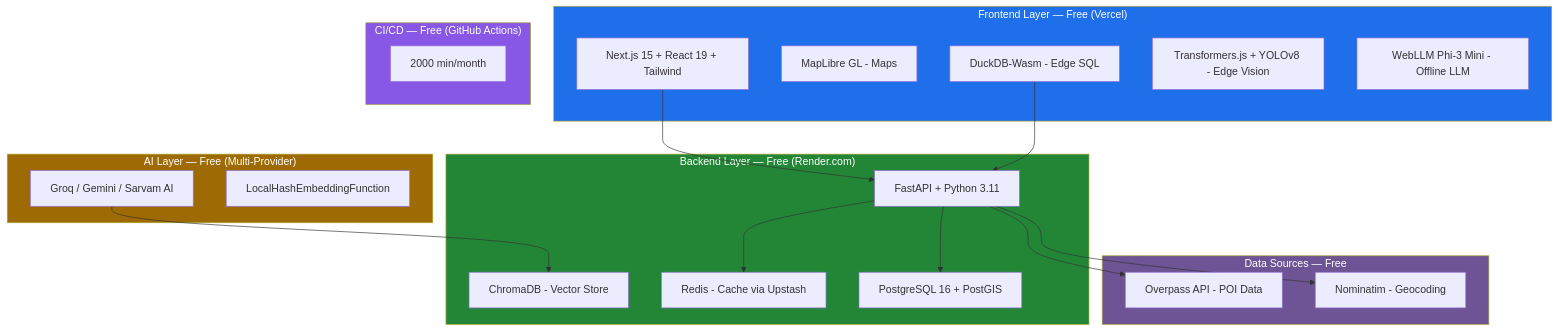
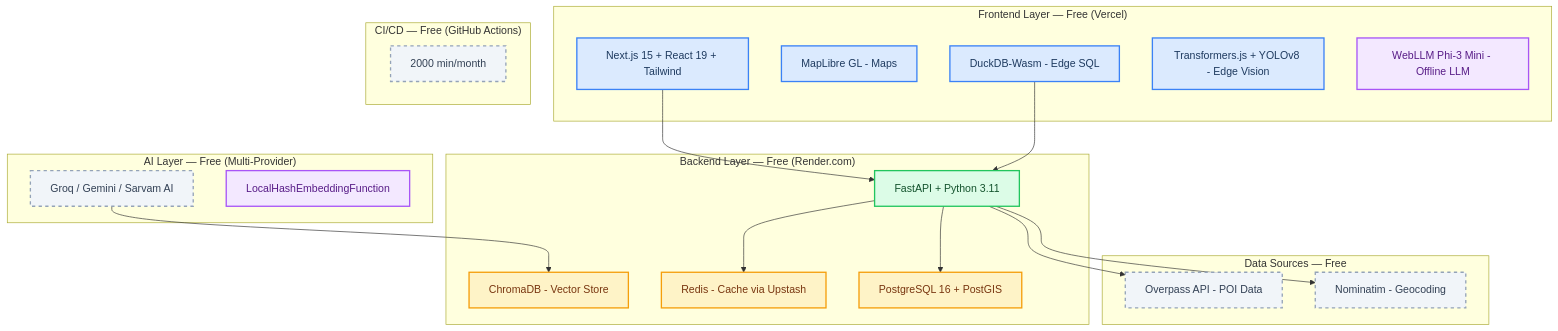
One commit to SafeVixAI/SafeVixAI changed the diagram in docs/architecture/TechStack.md. Above: the diagram before and after it, drawn with Mermaid. The commit also changed 85 other files, not shown here.

Commit message:
docs: Fix Mermaid diagrams, resolve relative link warnings, and ensure clean mkdocs build

````diff
--- a/docs/architecture/TechStack.md
+++ b/docs/architecture/TechStack.md
@@ -7,45 +7,48 @@
 ```mermaid
 flowchart TB
+    classDef edge fill:#dbeafe,stroke:#3b82f6,stroke-width:2px,color:#1e3a5f
+    classDef control fill:#dcfce7,stroke:#22c55e,stroke-width:2px,color:#14532d
+    classDef ai fill:#f3e8ff,stroke:#a855f7,stroke-width:2px,color:#581c87
+    classDef data fill:#fef3c7,stroke:#f59e0b,stroke-width:2px,color:#78350f
+    classDef security fill:#fee2e2,stroke:#ef4444,stroke-width:2px,color:#7f1d1d
+    classDef external fill:#f1f5f9,stroke:#94a3b8,stroke-width:2px,stroke-dasharray:5 5,color:#334155
+    classDef decision fill:#e0e7ff,stroke:#6366f1,stroke-width:2px,color:#312e81
+    classDef success fill:#d1fae5,stroke:#10b981,stroke-width:2px,color:#064e3b
+
     subgraph Frontend["Frontend Layer — Free (Vercel)"]
-        F1[Next.js 15 + React 19 + Tailwind]
-        F2[MapLibre GL - Maps]
-        F3[DuckDB-Wasm - Edge SQL]
-        F4[Transformers.js + YOLOv8 - Edge Vision]
-        F5[WebLLM Phi-3 Mini - Offline LLM]
+        F1["Next.js 15 + React 19 + Tailwind"]:::edge
+        F2["MapLibre GL - Maps"]:::edge
+        F3["DuckDB-Wasm - Edge SQL"]:::edge
+        F4["Transformers.js + YOLOv8 - Edge Vision"]:::edge
+        F5["WebLLM Phi-3 Mini - Offline LLM"]:::ai
     end
 
     subgraph Backend["Backend Layer — Free (Render.com)"]
-        B1[FastAPI + Python 3.11]
-        B2[ChromaDB - Vector Store]
-        B3[Redis - Cache via Upstash]
-        B4[PostgreSQL 16 + PostGIS]
+        B1["FastAPI + Python 3.11"]:::control
+        B2["ChromaDB - Vector Store"]:::data
+        B3["Redis - Cache via Upstash"]:::data
+        B4["PostgreSQL 16 + PostGIS"]:::data
     end
 
     subgraph AI["AI Layer — Free (Multi-Provider)"]
-        A1[Groq / Gemini / Sarvam AI]
-        A2[LocalHashEmbeddingFunction]
+        A1["Groq / Gemini / Sarvam AI"]:::external
+        A2["LocalHashEmbeddingFunction"]:::ai
     end
 
     subgraph Data["Data Sources — Free"]
-        D1[Overpass API - POI Data]
-        D2[Nominatim - Geocoding]
+        D1["Overpass API - POI Data"]:::external
+        D2["Nominatim - Geocoding"]:::external
     end
 
     subgraph CI["CI/CD — Free (GitHub Actions)"]
-        C1[2000 min/month]
+        C1["2000 min/month"]:::external
     end
 
     F1 --> B1
     B1 --> B4
     B1 --> B3
     B1 --> D1
     B1 --> D2
     A1 --> B2
     F3 --> B1
-
-    style Frontend fill:#1f6feb,color:#fff
-    style Backend fill:#238636,color:#fff
-    style AI fill:#9e6a03,color:#fff
-    style Data fill:#6e5494,color:#fff
-    style CI fill:#8957e5,color:#fff
 ```
````
